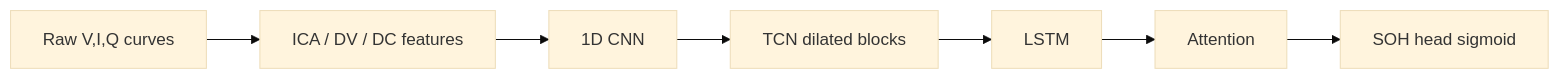
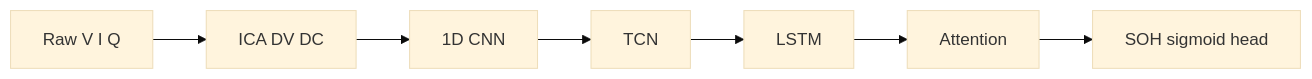
Before and after one commit to VamshiKrishnaBandari07/MSc-CAPSTONE-PROJECT-SOH-RUL-PREDICTION--: the diagram in README.md, drawn with Mermaid (base theme). The commit also changed other lines of this file and 36 other files, not shown here.

````diff
--- a/README.md
+++ b/README.md
@@ -65,9 +77,9 @@
 ```mermaid
 flowchart LR
-  A[Raw V,I,Q curves] --> B[ICA / DV / DC features]
-  B --> C[1D CNN]
-  C --> D[TCN dilated blocks]
-  D --> E[LSTM]
-  E --> F[Attention]
-  F --> G[SOH head sigmoid]
+  curves[Raw V I Q] --> feat[ICA DV DC]
+  feat --> cnn[1D CNN]
+  cnn --> tcn[TCN]
+  tcn --> lstm[LSTM]
+  lstm --> attn[Attention]
+  attn --> soh[SOH sigmoid head]
 ```
````
